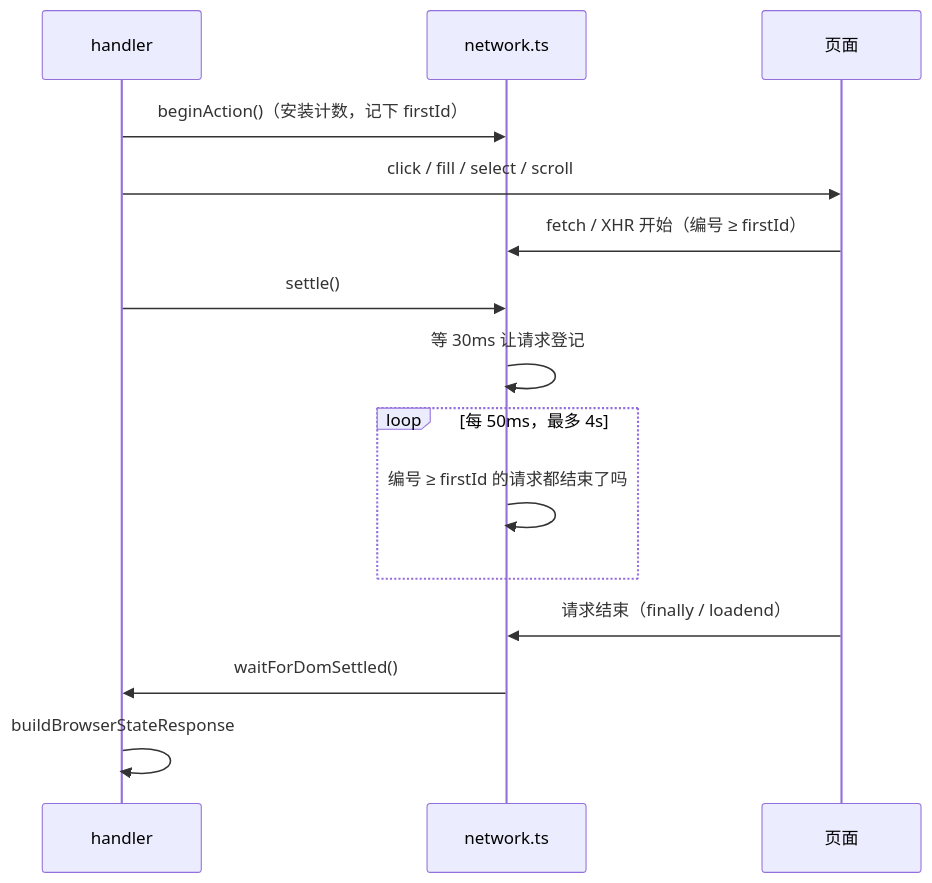
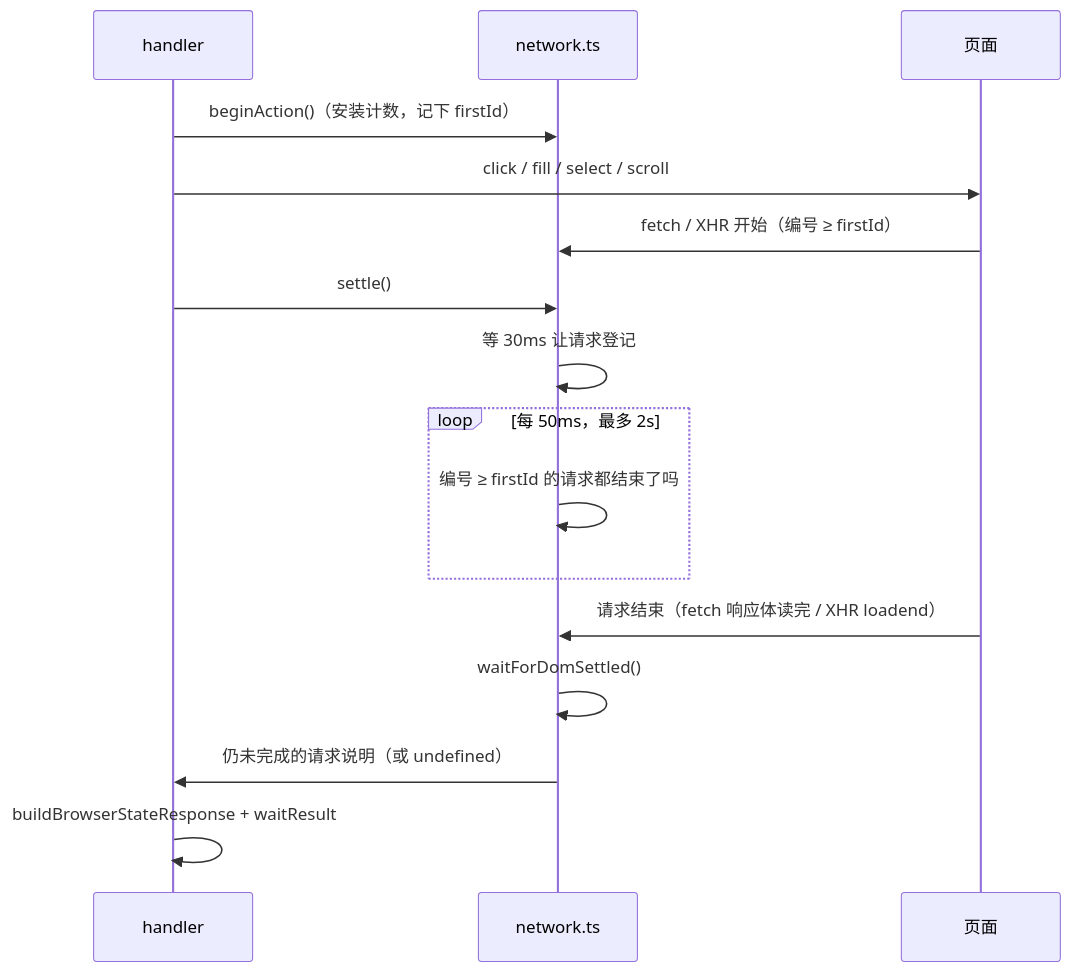
The diagram in packages/next-sdk/specs/REQ-20261126-action-request-settle/design.md (opentiny/webmcp-sdk), drawn with Mermaid before and after one commit. The commit also changed other lines of this file and 9 other files, not shown here.

````diff
--- a/packages/next-sdk/specs/REQ-20261126-action-request-settle/design.md
+++ b/packages/next-sdk/specs/REQ-20261126-action-request-settle/design.md
@@ -7,17 +7,18 @@
 ```mermaid
 sequenceDiagram
   participant H as handler
   participant N as network.ts
   participant P as 页面
   H->>N: beginAction()（安装计数，记下 firstId）
   H->>P: click / fill / select / scroll
   P->>N: fetch / XHR 开始（编号 ≥ firstId）
   H->>N: settle()
   N->>N: 等 30ms 让请求登记
-  loop 每 50ms，最多 4s
+  loop 每 50ms，最多 2s
     N->>N: 编号 ≥ firstId 的请求都结束了吗
   end
-  P->>N: 请求结束（finally / loadend）
-  N->>H: waitForDomSettled()
-  H->>H: buildBrowserStateResponse
+  P->>N: 请求结束（fetch 响应体读完 / XHR loadend）
+  N->>N: waitForDomSettled()
+  N->>H: 仍未完成的请求说明（或 undefined）
+  H->>H: buildBrowserStateResponse + waitResult
 ```
````
